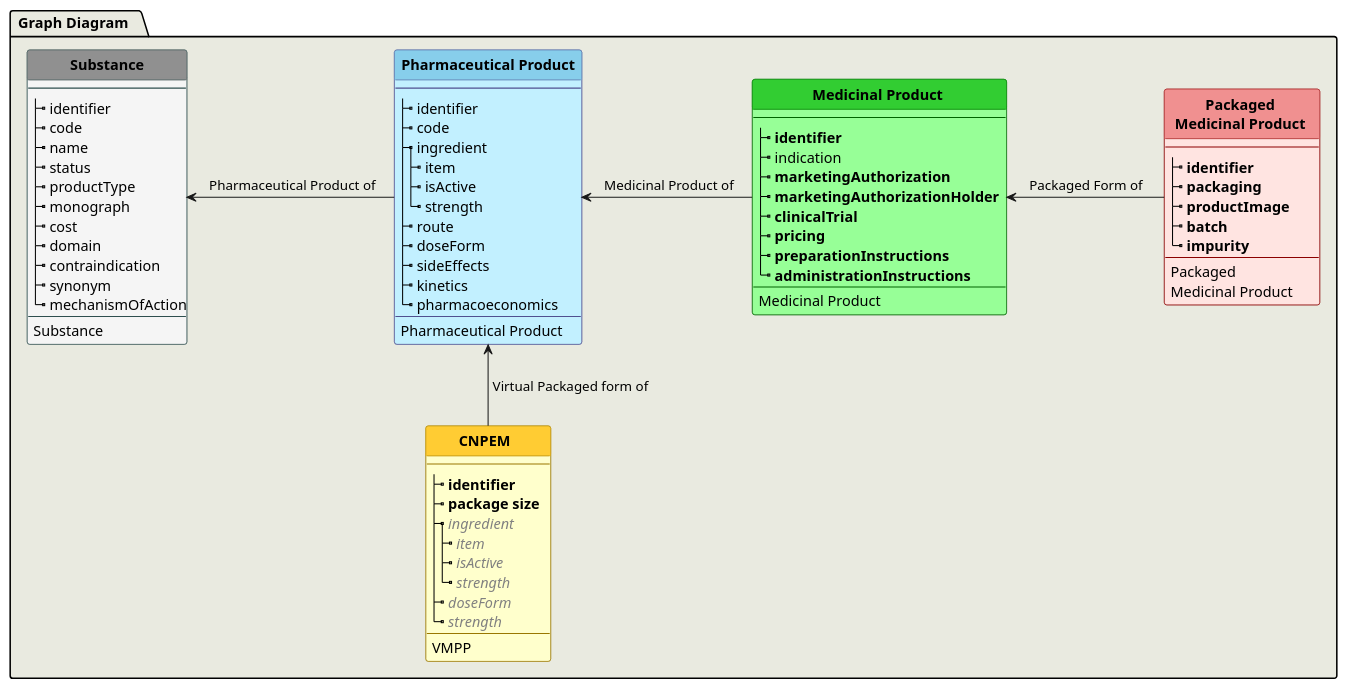
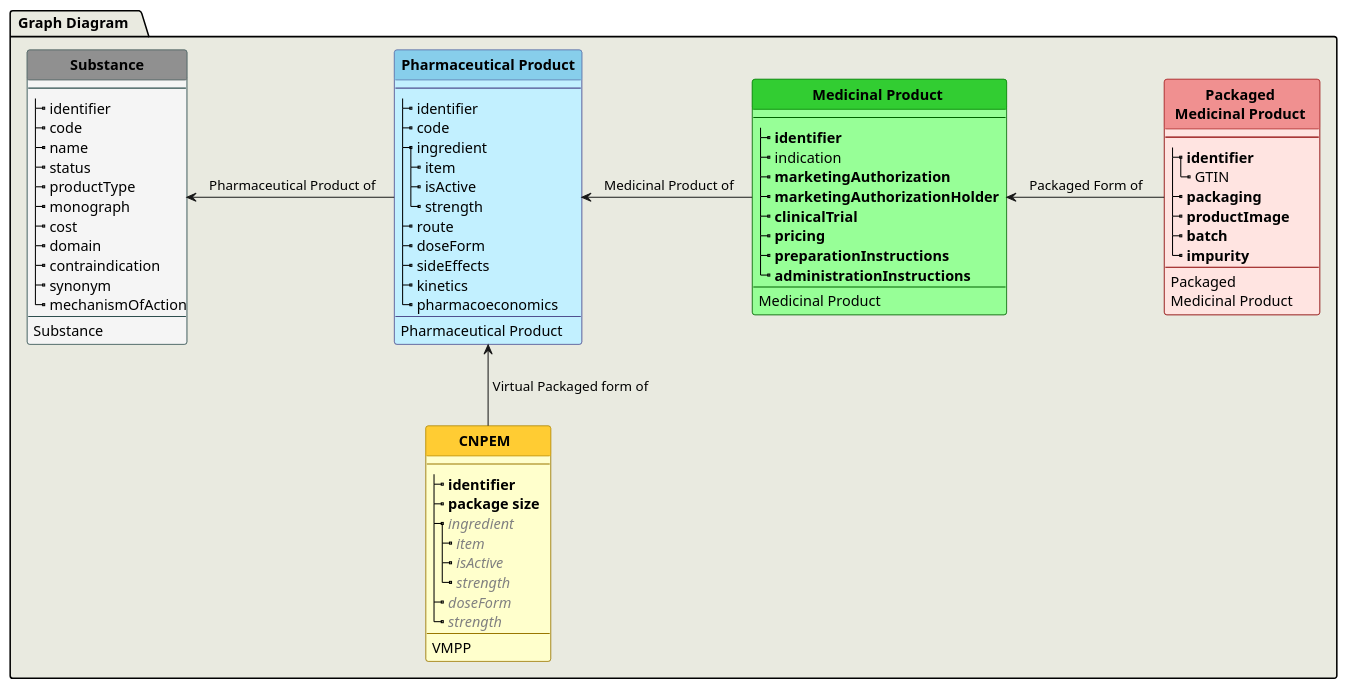
Before and after one commit to joofio/medIG: the diagram in input/images-source/diagram.plantuml, drawn with PlantUML. The commit also changed 1 other file, not shown here.

```diff
--- a/input/images-source/diagram.plantuml
+++ b/input/images-source/diagram.plantuml
@@ -1,139 +1,140 @@
 @startuml
 hide stereotype
 hide circle
 skinparam linetype polyline
 skinparam shadowing false
 
 
 '!pragma graphviz_dot smetana
 
 
 
 skinparam class<<S>> {
  BorderColor DarkSlateGray
  BackgroundColor WhiteSmoke
  HeaderBackgroundColor #909090
 }
 
 skinparam class<<VMPP>> {
  BorderColor #997700
  BackgroundColor BUSINESS
  HeaderBackgroundColor #ffcc33
 }
 
 skinparam class<<PhP>> {
  BorderColor #505090
  BackgroundColor APPLICATION
  HeaderBackgroundColor SkyBlue
 }
 
 skinparam class<<Oth>> {
  BorderColor #99770055
  BackgroundColor #FFFFE055
  HeaderBackgroundColor #ffDD7344
  HeaderFontColor 	#ffcc3355
 }
 
 skinparam class<<MP>> {
  BorderColor DarkGreen
  BackgroundColor PHYSICAL
  HeaderBackgroundColor LimeGreen
 }
 
 
 skinparam class<<PMP>> {
  BorderColor DarkRed
  BackgroundColor MistyRose
  HeaderBackgroundColor #f09090
 }
 
 
 
   package " Graph Diagram   " as MR #E9EAE0 {
     class "**Substance**" as S<<S>> {
       --
       |_ identifier
       |_ code    
       |_ name
       |_ status
       |_ productType
       |_ monograph
       |_ cost
       |_ domain
       |_ contraindication
       |_ synonym
       |_ mechanismOfAction
       --
       Substance  
     }
 
     class " **Pharmaceutical Product** " as PhP<<PhP>> {
       --
       |_ identifier
       |_ code
       |_ ingredient
         |_ item
         |_ isActive
         |_ strength
 '      |_ productType
       |_ route
       |_ doseForm
       |_ sideEffects
       |_ kinetics
       |_ pharmacoeconomics
       --
       Pharmaceutical Product
     }
 
     class " **Medicinal Product ** " as MP<<MP>>{
       --
       |_ **identifier**
       |_ indication
 '      |_ productType
       |_ **marketingAuthorization**
       |_ **marketingAuthorizationHolder  **
       |_ **clinicalTrial**
       |_ **pricing**
       |_ **preparationInstructions**
       |_ **administrationInstructions**
       --
       Medicinal Product
     }
 
     class " **Packaged ** \n  **Medicinal Product **  " as PMP<<PMP>>{
       --
       |_ **identifier**
+        |_ GTIN
       |_ **packaging**
       |_ **productImage**
       |_ **batch**
       |_ **impurity**
       --
       Packaged\nMedicinal Product
     }
 
     class " **CNPEM **  " as CNPEM <<VMPP>>{
       --
       |_ **identifier**
       |_ **package size**   
       |_ <color:gray>//ingredient//</color>
         |_ <color:gray>//item//
         |_ <color:gray>//isActive//
         |_ <color:gray>//strength//
       |_ <color:gray>//doseForm//
       |_ <color:gray>//strength//
       --
       VMPP
 }
 
 
   S <-r- PhP: " Pharmaceutical Product of"
   
   PhP <-r- MP: " Medicinal Product of"
   
   PMP -l-> MP: " Packaged Form of "
   
   CNPEM -u-> PhP: " Virtual Packaged form of"
   'CNPEM -r[hidden]--> MP
   
 }
 @enduml
```
